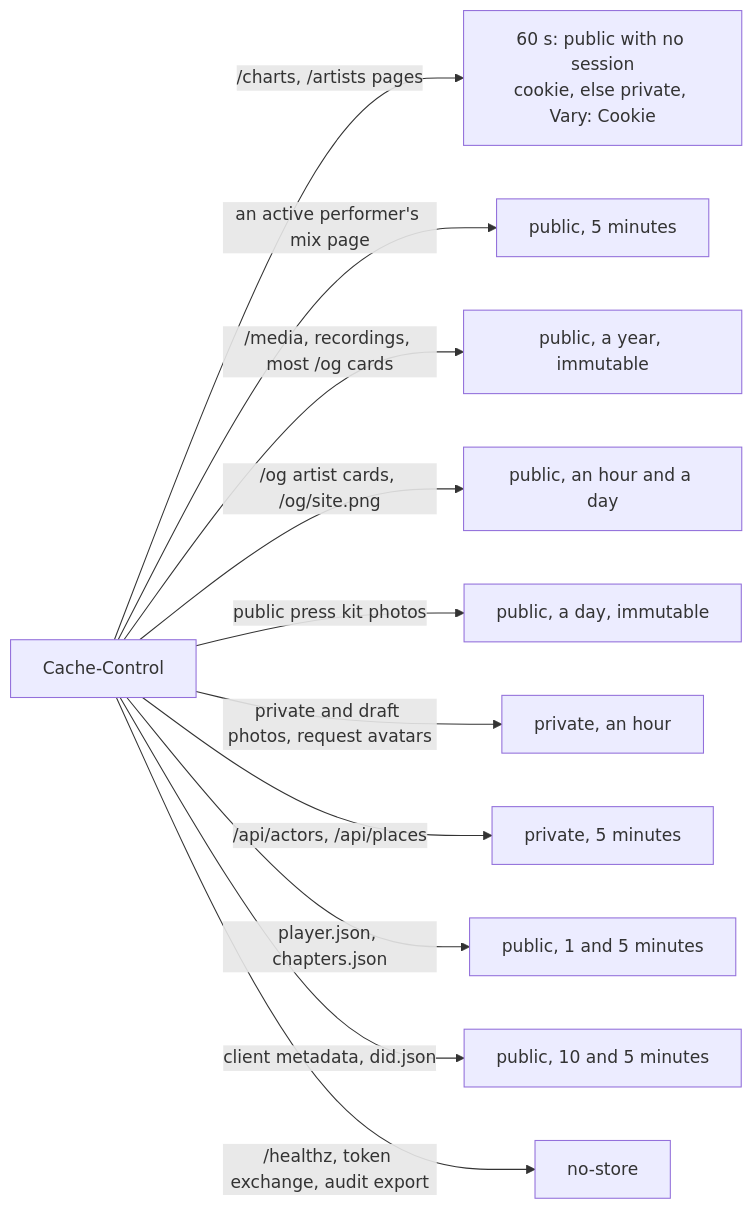
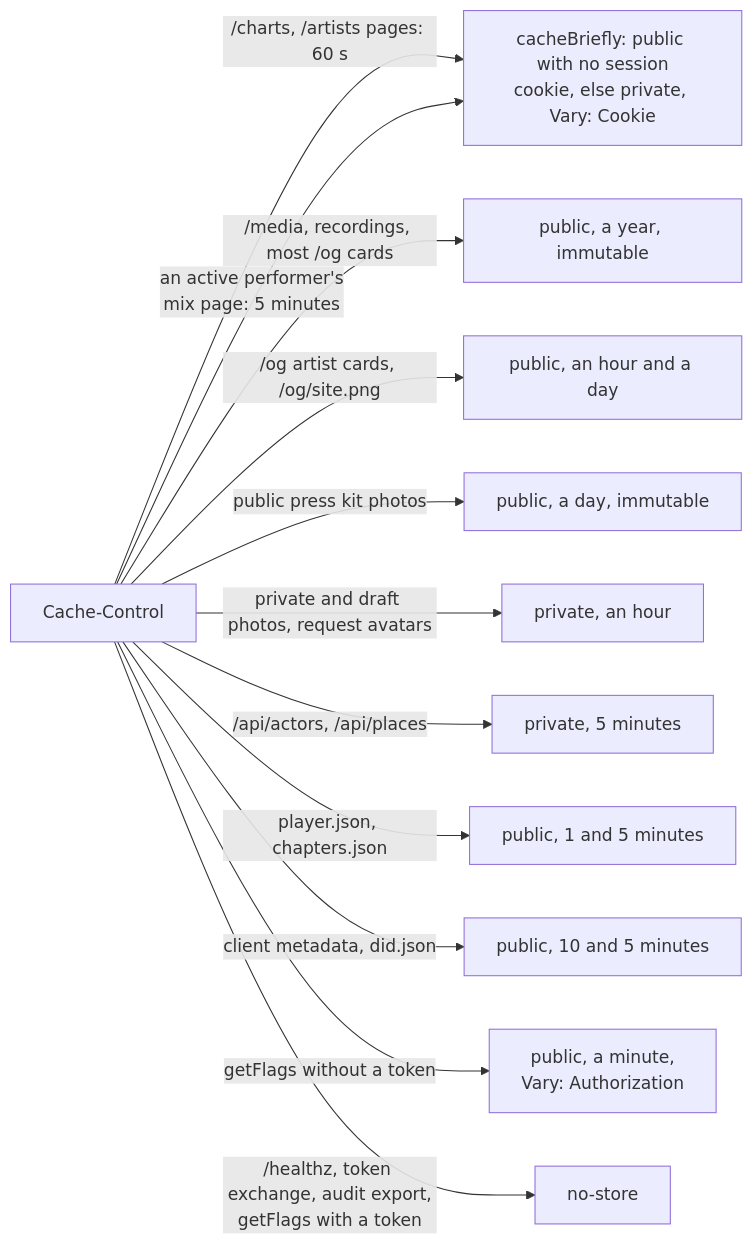
One commit to cutenode/localnetwork changed the third of 11 diagrams in apps/web/docs/diagrams/requests-and-routes.md. Above: the diagram before and after it, drawn with Mermaid. The commit also changed other lines of this file and 8 other files, not shown here.

First line of the commit message:
docs(web): bring the diagrams in line with the code

````diff
--- a/apps/web/docs/diagrams/requests-and-routes.md
+++ b/apps/web/docs/diagrams/requests-and-routes.md
@@ -69,14 +70,15 @@
 ```mermaid
 flowchart LR
   Responses["Cache-Control"]
-  Responses -- "/charts, /artists pages" --> Brief["60 s: public with no session<br/>cookie, else private, Vary: Cookie"]
-  Responses -- "an active performer's mix page" --> Mix["public, 5 minutes"]
+  Responses -- "/charts, /artists pages: 60 s" --> Brief["cacheBriefly: public with no session<br/>cookie, else private, Vary: Cookie"]
+  Responses -- "an active performer's<br/>mix page: 5 minutes" --> Brief
   Responses -- "/media, recordings, most /og cards" --> Year["public, a year, immutable"]
   Responses -- "/og artist cards, /og/site.png" --> Hour["public, an hour and a day"]
   Responses -- "public press kit photos" --> Day["public, a day, immutable"]
   Responses -- "private and draft photos, request avatars" --> Private["private, an hour"]
   Responses -- "/api/actors, /api/places" --> Api["private, 5 minutes"]
   Responses -- "player.json, chapters.json" --> Sets["public, 1 and 5 minutes"]
   Responses -- "client metadata, did.json" --> Docs["public, 10 and 5 minutes"]
-  Responses -- "/healthz, token exchange, audit export" --> Never["no-store"]
+  Responses -- "getFlags without a token" --> Flags["public, a minute,<br/>Vary: Authorization"]
+  Responses -- "/healthz, token exchange, audit export,<br/>getFlags with a token" --> Never["no-store"]
 ```
````
